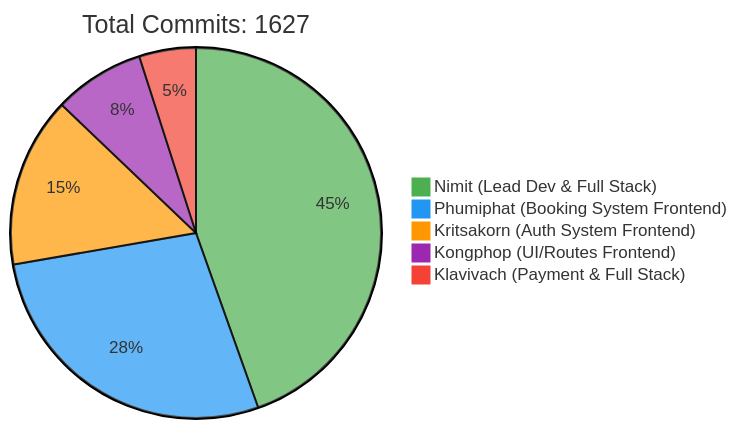
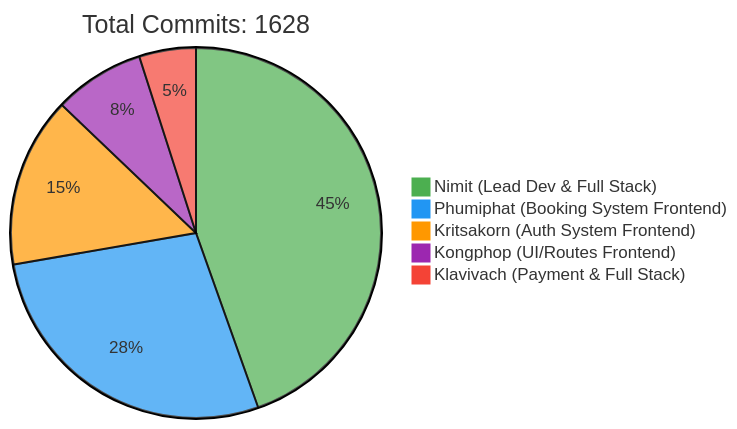
Before and after one commit to 6531503042/Sport-Complex: the first of 2 diagrams in README.md, drawn with Mermaid. The commit also changed other lines of this file, not shown here.

Commit message:
docs: Update contributor statistics [skip ci]

````diff
--- a/README.md
+++ b/README.md
@@ -257,10 +257,10 @@
 ```mermaid
 %%{init: {'theme': 'base', 'themeVariables': { 'pie1': '#4CAF50', 'pie2': '#2196F3', 'pie3': '#FF9800', 'pie4': '#9C27B0', 'pie5': '#F44336'}}}%%
 pie
-    title Total Commits: 1627
+    title Total Commits: 1628
     "Nimit (Lead Dev & Full Stack)" : 450
     "Phumiphat (Booking System Frontend)" : 280
     "Kritsakorn (Auth System Frontend)" : 150
     "Kongphop (UI/Routes Frontend)" : 80
     "Klavivach (Payment & Full Stack)" : 50
 ```
````
